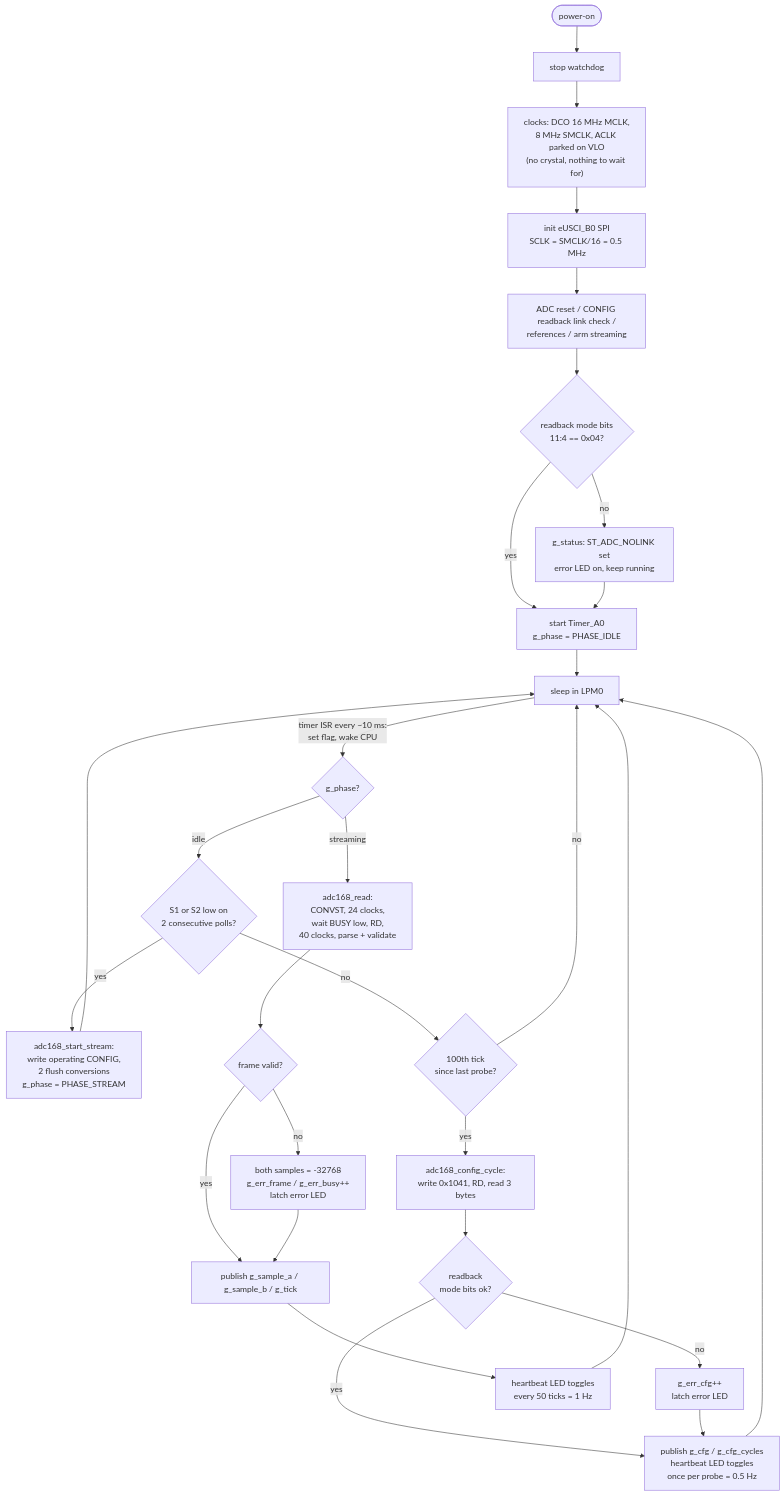
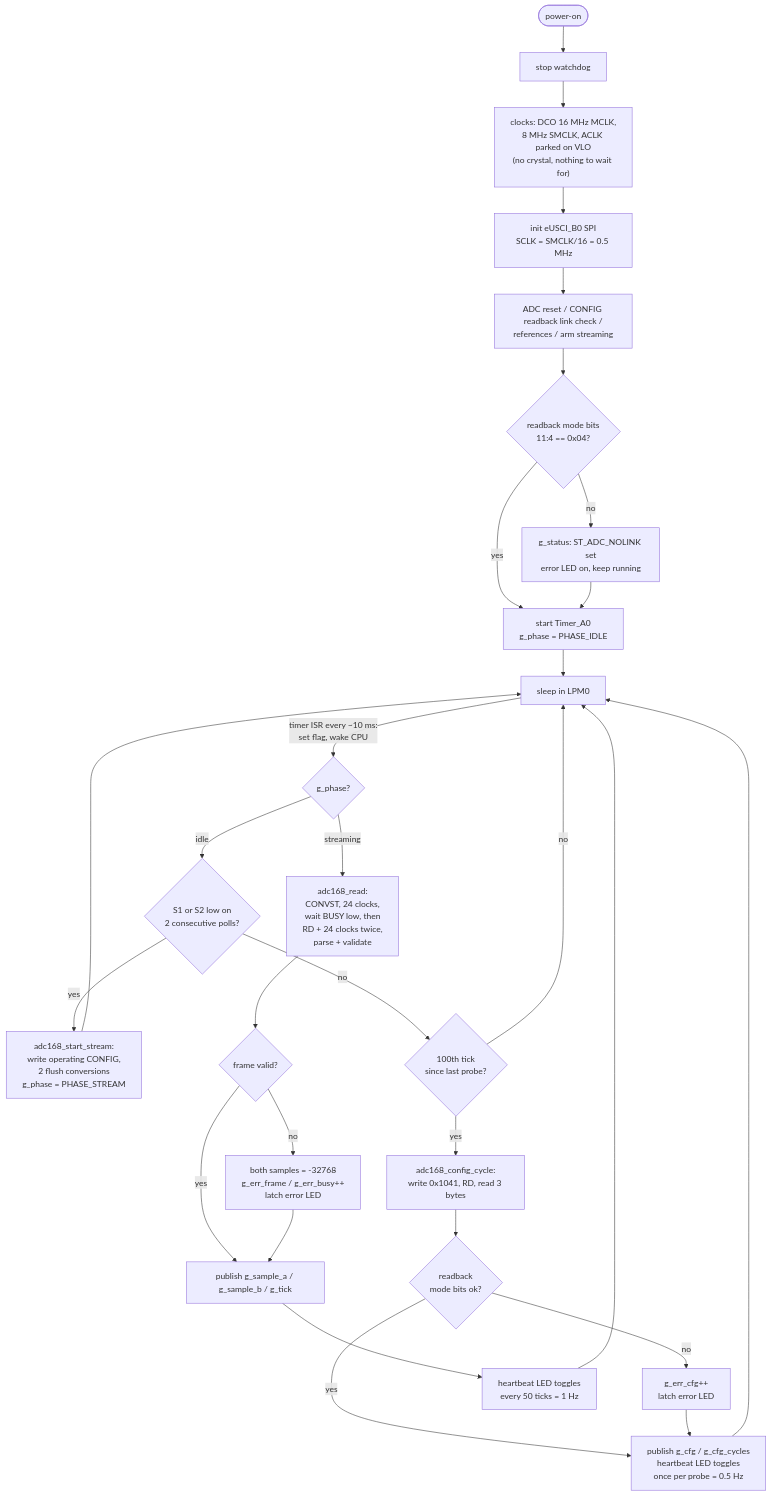
One commit to S-OConnor/MSP430_TestRepo changed the third of 13 diagrams in docs/DESIGN.md. Above: the diagram before and after it, drawn with Mermaid. The commit also changed other lines of this file and 7 other files, not shown here.

````diff
--- a/docs/DESIGN.md
+++ b/docs/DESIGN.md
@@ -192,28 +192,28 @@
 ```mermaid
 flowchart TD
     PO([power-on]) --> WDT["stop watchdog"]
     WDT --> CLK["clocks: DCO 16 MHz MCLK,<br/>8 MHz SMCLK, ACLK parked on VLO<br/>(no crystal, nothing to wait for)"]
     CLK --> SPI
     SPI["init eUSCI_B0 SPI<br/>SCLK = SMCLK/16 = 0.5 MHz"] --> AINIT["ADC reset / CONFIG readback link check /<br/>references / arm streaming"]
     AINIT --> OK{"readback mode bits<br/>11:4 == 0x04?"}
     OK -->|yes| T0
     OK -->|no| NOLINK["g_status: ST_ADC_NOLINK set<br/>error LED on, keep running"] --> T0
     T0["start Timer_A0<br/>g_phase = PHASE_IDLE"] --> SLEEP
 
     SLEEP["sleep in LPM0"] -->|"timer ISR every ~10 ms:<br/>set flag, wake CPU"| PHASE{"g_phase?"}
 
     PHASE -->|idle| BTN{"S1 or S2 low on<br/>2 consecutive polls?"}
     BTN -->|yes| ARM["adc168_start_stream:<br/>write operating CONFIG,<br/>2 flush conversions<br/>g_phase = PHASE_STREAM"] --> SLEEP
     BTN -->|no| NTH{"100th tick<br/>since last probe?"}
     NTH -->|no| SLEEP
     NTH -->|yes| PROBE["adc168_config_cycle:<br/>write 0x1041, RD, read 3 bytes"] --> CFGOK{"readback<br/>mode bits ok?"}
     CFGOK -->|yes| IDLED
     CFGOK -->|no| CFGERR["g_err_cfg++<br/>latch error LED"] --> IDLED
     IDLED["publish g_cfg / g_cfg_cycles<br/>heartbeat LED toggles<br/>once per probe = 0.5 Hz"] --> SLEEP
 
-    PHASE -->|streaming| READ["adc168_read:<br/>CONVST, 24 clocks,<br/>wait BUSY low, RD,<br/>40 clocks, parse + validate"]
+    PHASE -->|streaming| READ["adc168_read:<br/>CONVST, 24 clocks,<br/>wait BUSY low, then<br/>RD + 24 clocks twice,<br/>parse + validate"]
     READ --> VALID{"frame valid?"}
     VALID -->|yes| PUB["publish g_sample_a / g_sample_b / g_tick"]
     VALID -->|no| ERR["both samples = -32768<br/>g_err_frame / g_err_busy++<br/>latch error LED"] --> PUB
     PUB --> LEDS["heartbeat LED toggles<br/>every 50 ticks = 1 Hz"] --> SLEEP
 ```
````
